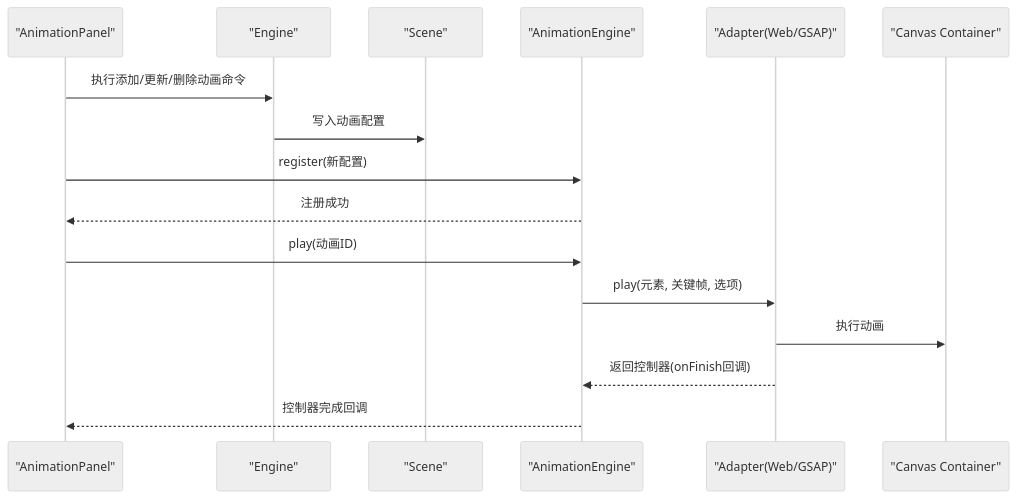
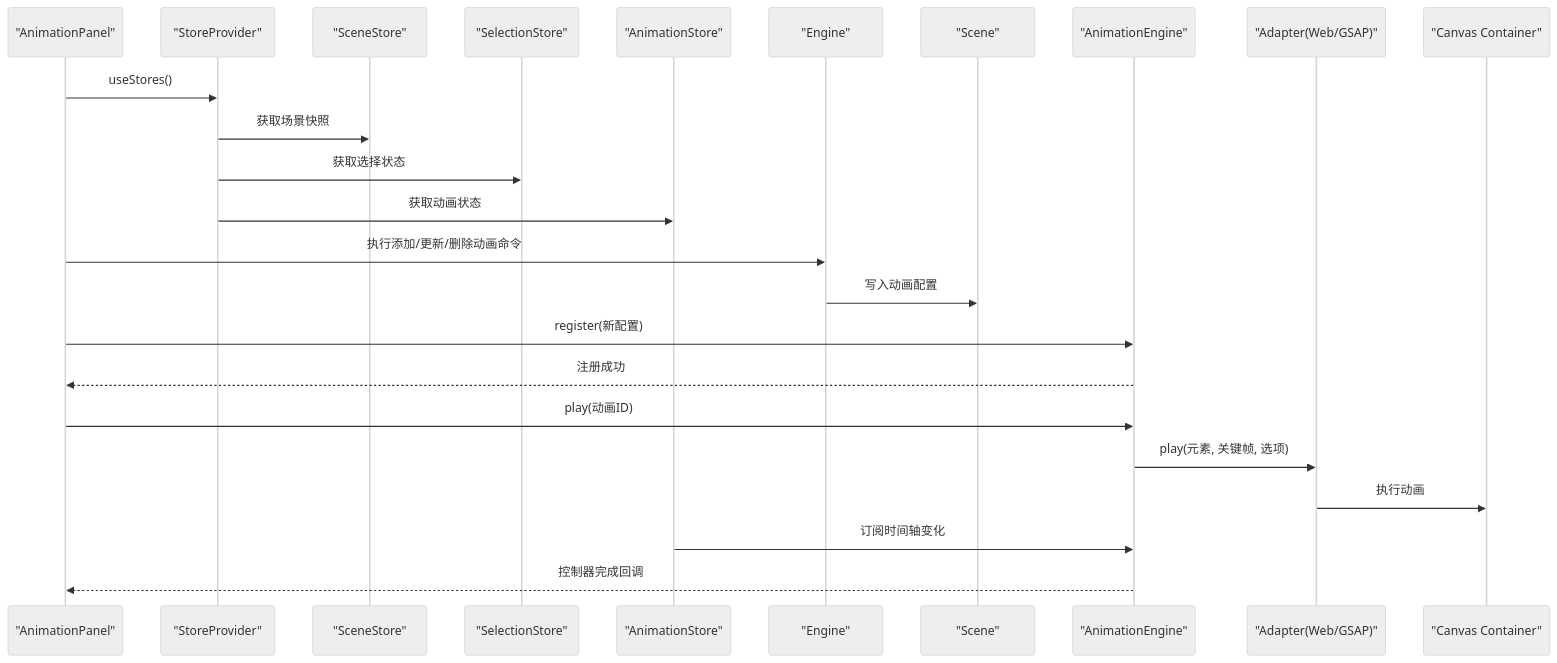
The second of 3 diagrams in .qoder/repowiki/zh/content/UI组件系统/动画面板 (AnimationPanel).md (Anna0314zy/ai_editor_enginer), drawn with Mermaid (neutral theme) before and after one commit. The commit also changed other lines of this file and 17 other files, not shown here.

````diff
--- a/.qoder/repowiki/zh/content/UI组件系统/动画面板 (AnimationPanel).md
+++ b/.qoder/repowiki/zh/content/UI组件系统/动画面板 (AnimationPanel).md
@@ -116,18 +152,26 @@
 ```mermaid
 sequenceDiagram
 participant UI as "AnimationPanel"
+participant STORE as "StoreProvider"
+participant SS as "SceneStore"
+participant SEL as "SelectionStore"
+participant AS as "AnimationStore"
 participant ENG as "Engine"
 participant SCN as "Scene"
 participant AE as "AnimationEngine"
 participant AD as "Adapter(Web/GSAP)"
 participant DOM as "Canvas Container"
+UI->>STORE : useStores()
+STORE->>SS : 获取场景快照
+STORE->>SEL : 获取选择状态
+STORE->>AS : 获取动画状态
 UI->>ENG : 执行添加/更新/删除动画命令
 ENG->>SCN : 写入动画配置
 UI->>AE : register(新配置)
 AE-->>UI : 注册成功
 UI->>AE : play(动画ID)
 AE->>AD : play(元素, 关键帧, 选项)
 AD->>DOM : 执行动画
-AD-->>AE : 返回控制器(onFinish回调)
+AS->>AE : 订阅时间轴变化
 AE-->>UI : 控制器完成回调
 ```
````
